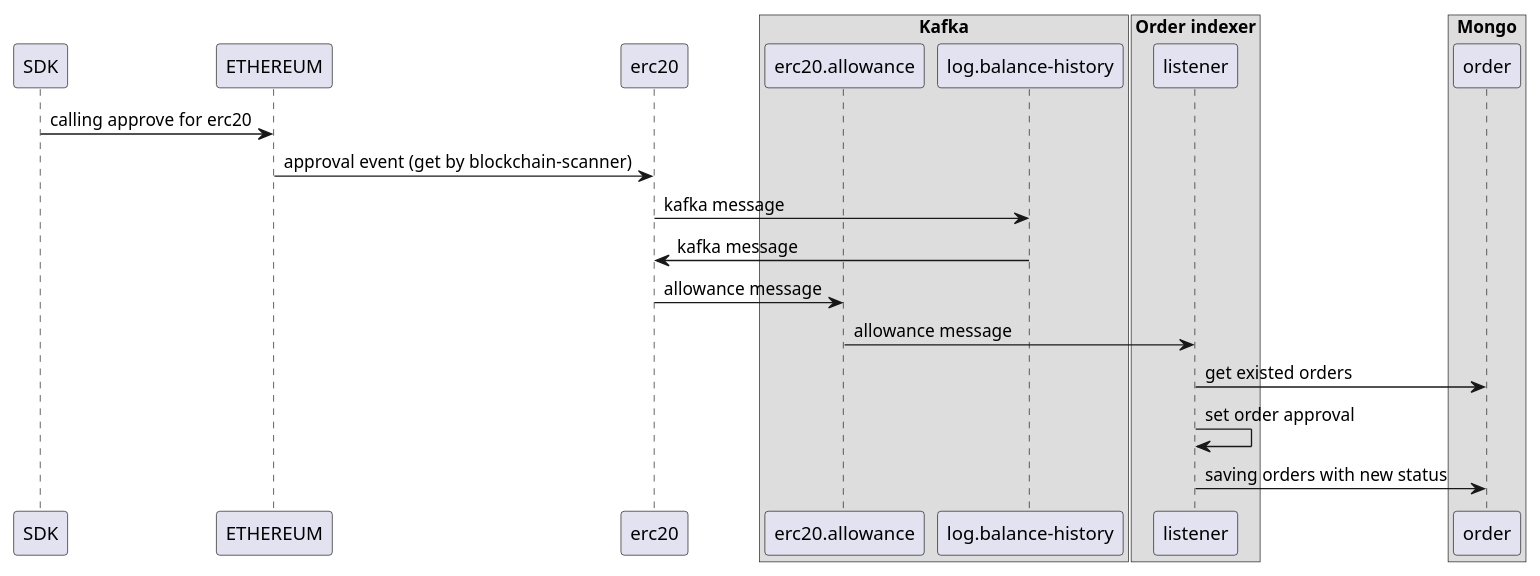
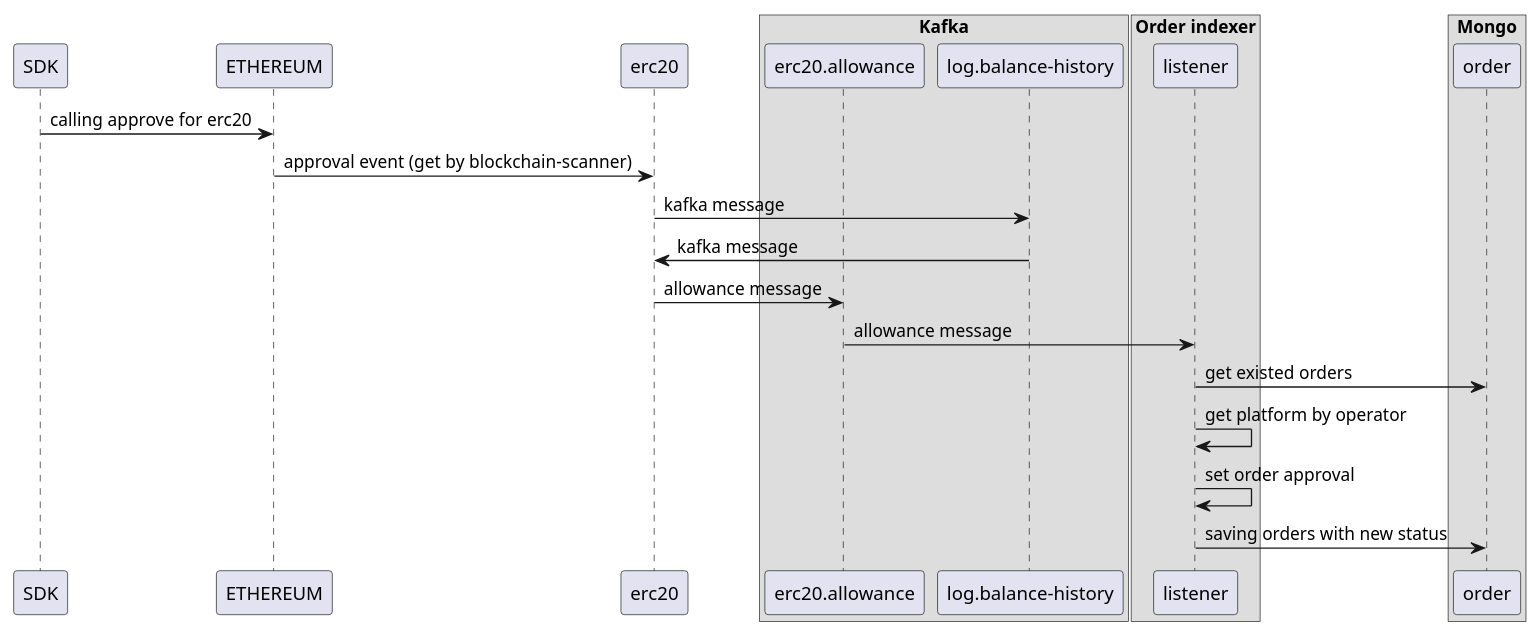
One commit to rarible/ethereum-indexer-public changed the diagram in docs/diagrams/puml/bid_order_change_approval.puml. Above: the diagram before and after it, drawn with PlantUML. The commit also changed 3 other files, not shown here.

```diff
--- a/docs/diagrams/puml/bid_order_change_approval.puml
+++ b/docs/diagrams/puml/bid_order_change_approval.puml
@@ -1,27 +1,28 @@
 @startuml
 
 SDK -> ETHEREUM: calling approve for erc20
 ETHEREUM -> erc20: approval event (get by blockchain-scanner)
 erc20 -> "log.balance-history" : kafka message
 "log.balance-history" -> erc20: kafka message
 erc20 -> "erc20.allowance" : allowance message
 "erc20.allowance" -> listener : allowance message
 
 listener -> order: get existed orders
+listener -> listener : get platform by operator
 listener -> listener: set order approval
 listener -> order: saving orders with new status
 
 box "Kafka"
 participant "erc20.allowance"
 participant "log.balance-history"
 end box
 
 box "Order indexer"
 participant listener
 end box
 
 box "Mongo"
 participant order
 end box
 
 @enduml
```
